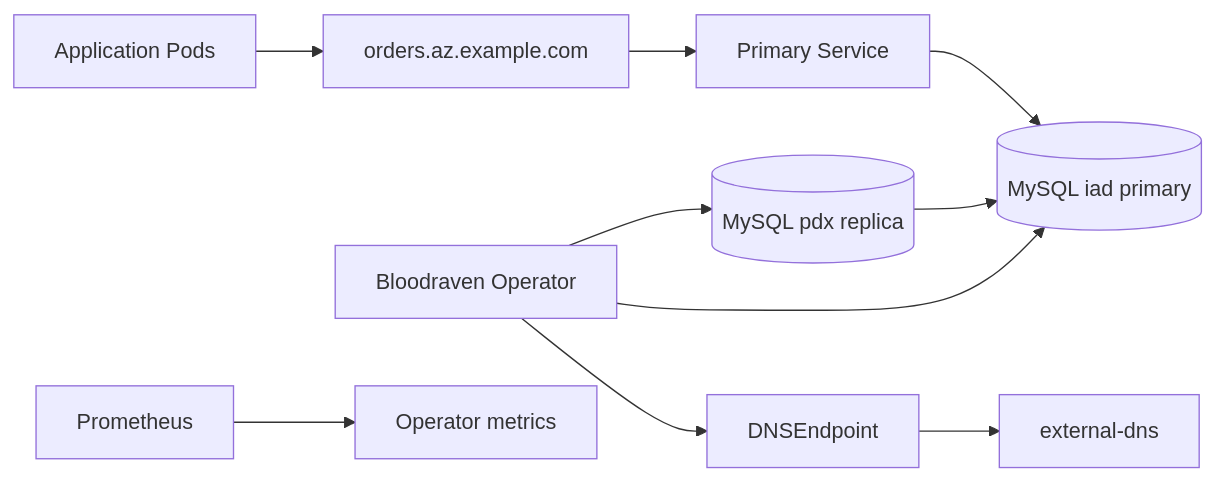
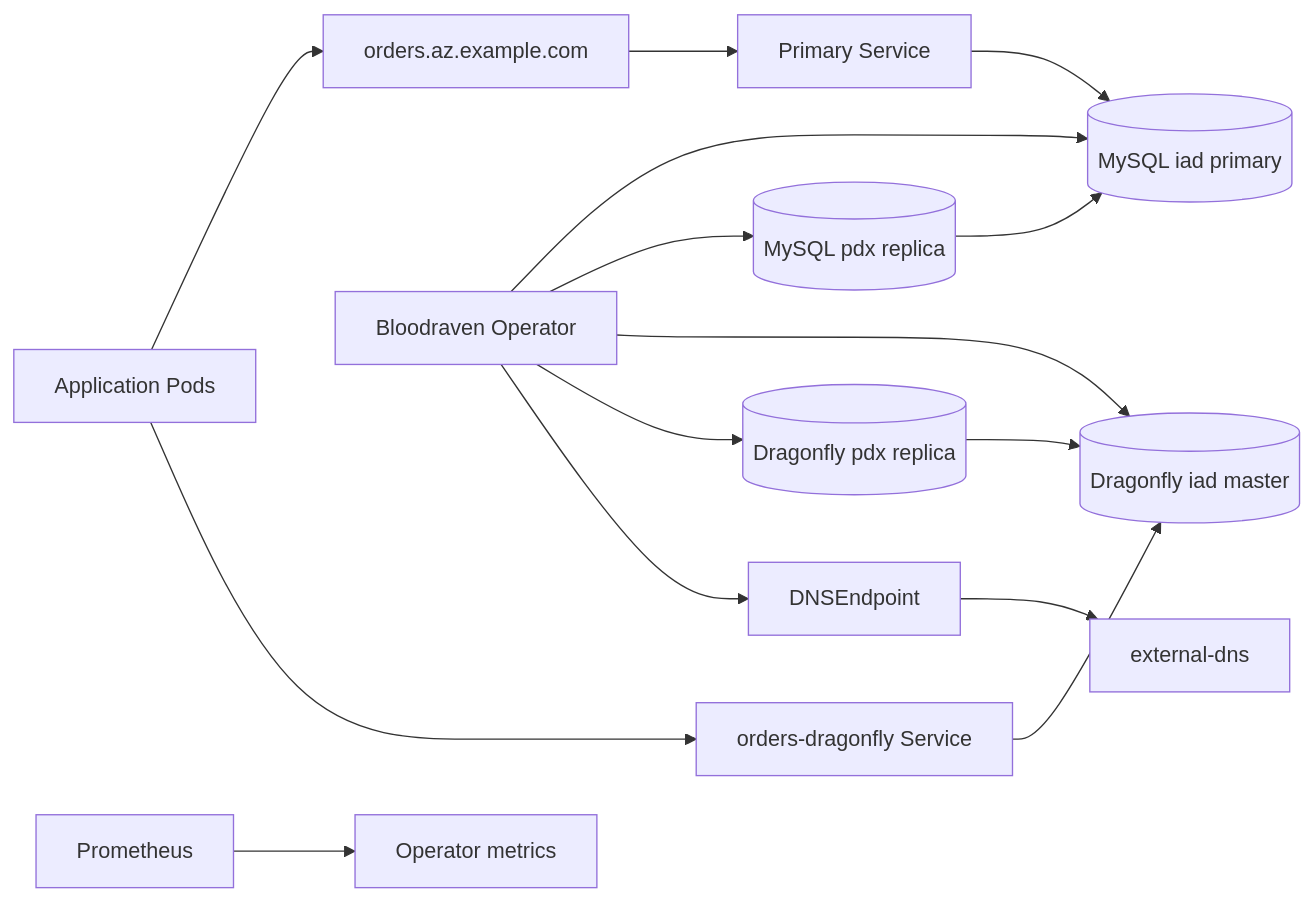
Before and after one commit to ShipStream/bloodraven: the first of 9 diagrams in docs/docs/architecture-diagrams.mdx, drawn with Mermaid. The commit also changed other lines of this file and 17 other files, not shown here.

````diff
--- a/docs/docs/architecture-diagrams.mdx
+++ b/docs/docs/architecture-diagrams.mdx
@@ -11,12 +11,17 @@
 ```mermaid
 flowchart LR
   App[Application Pods] --> DNS[orders.az.example.com]
   DNS --> PrimarySvc[Primary Service]
   PrimarySvc --> IAD[(MySQL iad primary)]
   PDX[(MySQL pdx replica)] --> IAD
+  App --> DragonflySvc[orders-dragonfly Service]
+  DragonflySvc --> DFIAD[(Dragonfly iad master)]
+  DFPDX[(Dragonfly pdx replica)] --> DFIAD
   Operator[Bloodraven Operator] --> IAD
   Operator --> PDX
+  Operator --> DFIAD
+  Operator --> DFPDX
   Operator --> DNSEndpoint[DNSEndpoint]
   DNSEndpoint --> ExternalDNS[external-dns]
   Prom[Prometheus] --> Metrics[Operator metrics]
 ```
````
